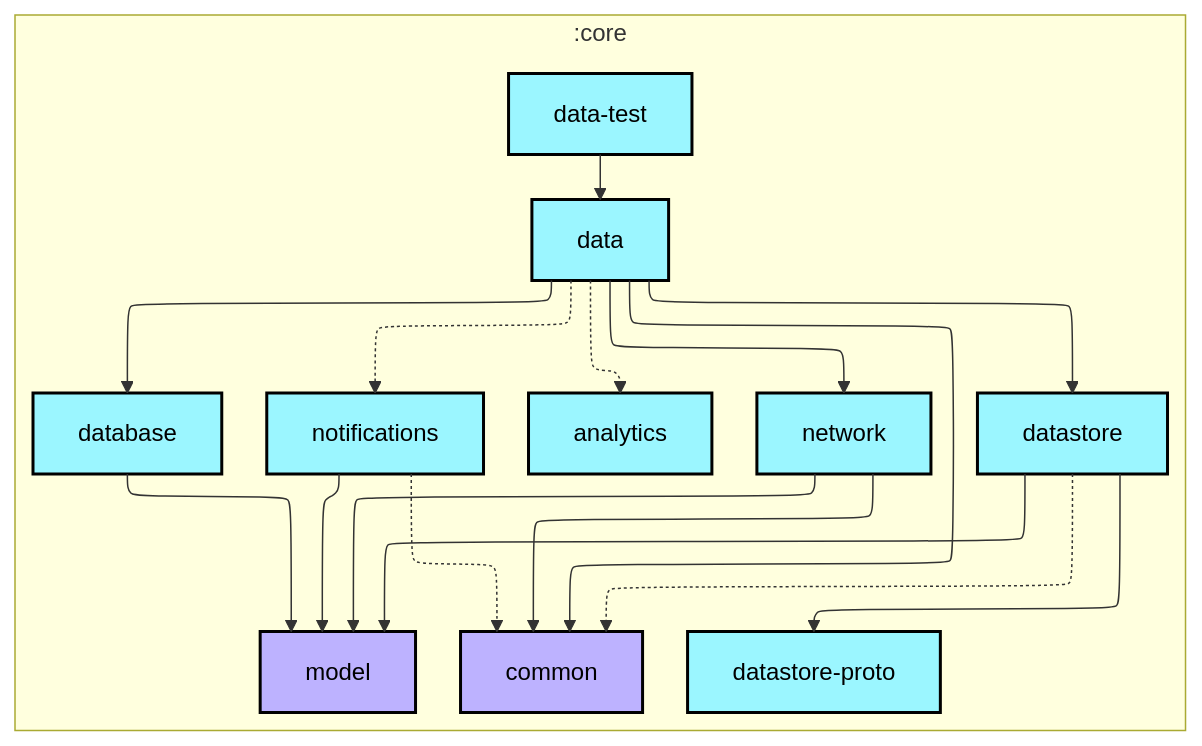
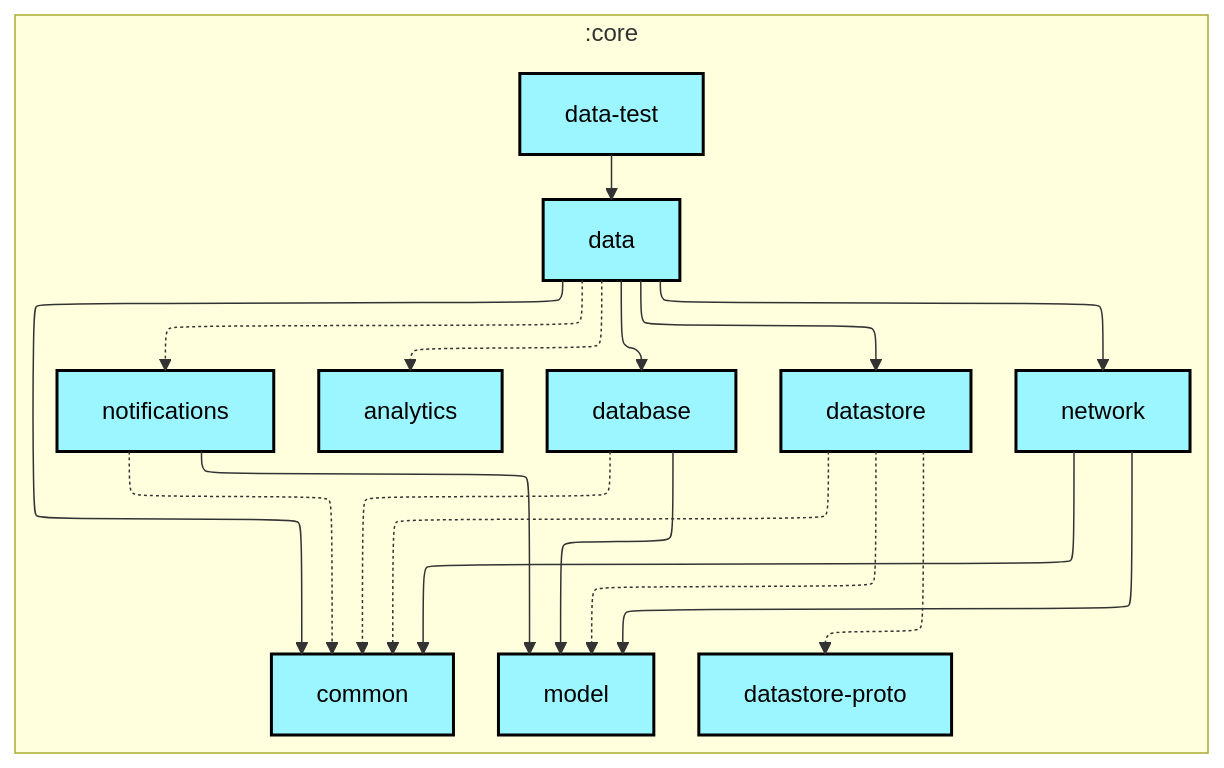
The first of 2 diagrams in core/data-test/README.md (lihenggui/nowinkmp), drawn with Mermaid before and after one commit. The commit also changed other lines of this file and 29 other files, not shown here.

First line of the commit message:
Fix graphUpdate configuration cache compatibility

````diff
--- a/core/data-test/README.md
+++ b/core/data-test/README.md
@@ -6,45 +6,46 @@
 ```mermaid
 ---
 config:
   layout: elk
   elk:
     nodePlacementStrategy: SIMPLE
 ---
 graph TB
   subgraph :core
     direction TB
-    :core:analytics[analytics]:::android-library
-    :core:common[common]:::jvm-library
-    :core:data[data]:::android-library
-    :core:data-test[data-test]:::android-library
-    :core:database[database]:::android-library
-    :core:datastore[datastore]:::android-library
-    :core:datastore-proto[datastore-proto]:::android-library
-    :core:model[model]:::jvm-library
-    :core:network[network]:::android-library
-    :core:notifications[notifications]:::android-library
+    :core:analytics[analytics]:::kmp-library
+    :core:common[common]:::kmp-library
+    :core:data[data]:::kmp-library
+    :core:data-test[data-test]:::kmp-library
+    :core:database[database]:::kmp-library
+    :core:datastore[datastore]:::kmp-library
+    :core:datastore-proto[datastore-proto]:::kmp-library
+    :core:model[model]:::kmp-library
+    :core:network[network]:::kmp-library
+    :core:notifications[notifications]:::kmp-library
   end
 
   :core:data -.-> :core:analytics
   :core:data --> :core:common
   :core:data --> :core:database
   :core:data --> :core:datastore
   :core:data --> :core:network
   :core:data -.-> :core:notifications
   :core:data-test --> :core:data
+  :core:database -.-> :core:common
   :core:database --> :core:model
   :core:datastore -.-> :core:common
-  :core:datastore --> :core:datastore-proto
-  :core:datastore --> :core:model
+  :core:datastore -.-> :core:datastore-proto
+  :core:datastore -.-> :core:model
   :core:network --> :core:common
   :core:network --> :core:model
   :core:notifications -.-> :core:common
   :core:notifications --> :core:model
 
-classDef android-application fill:#CAFFBF,stroke:#000,stroke-width:2px,color:#000;
-classDef android-feature fill:#FFD6A5,stroke:#000,stroke-width:2px,color:#000;
-classDef android-library fill:#9BF6FF,stroke:#000,stroke-width:2px,color:#000;
+classDef cmp-application fill:#CAFFBF,stroke:#000,stroke-width:2px,color:#000;
+classDef cmp-feature fill:#FFD6A5,stroke:#000,stroke-width:2px,color:#000;
+classDef kmp-library fill:#9BF6FF,stroke:#000,stroke-width:2px,color:#000;
+classDef jvm-library fill:#BDB2FF,stroke:#000,stroke-width:2px,color:#000;
 classDef android-test fill:#A0C4FF,stroke:#000,stroke-width:2px,color:#000;
-classDef jvm-library fill:#BDB2FF,stroke:#000,stroke-width:2px,color:#000;
 classDef unknown fill:#FFADAD,stroke:#000,stroke-width:2px,color:#000;
 ```
````
